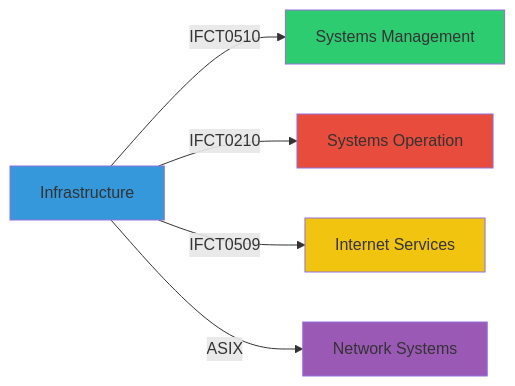
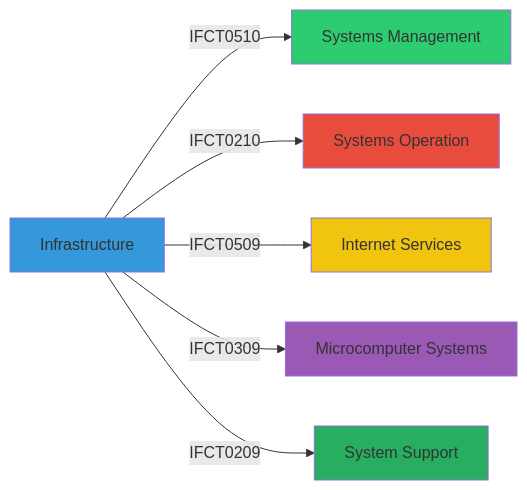
Before and after one commit to cescanue/cescanue: the sixth of 13 diagrams in README.md, drawn with Mermaid. The commit also changed other lines of this file, not shown here.

````diff
--- a/README.md
+++ b/README.md
@@ -218,12 +224,14 @@
 ```mermaid
 graph LR
     A[Infrastructure] -->|IFCT0510| B[Systems Management]
     A -->|IFCT0210| C[Systems Operation]
     A -->|IFCT0509| D[Internet Services]
-    A -->|ASIX| E[Network Systems]
+    A -->|IFCT0309| E[Microcomputer Systems]
+    A -->|IFCT0209| F[System Support]
     style A fill:#3498db
     style B fill:#2ecc71
     style C fill:#e74c3c
     style D fill:#f1c40f
     style E fill:#9b59b6
+    style F fill:#27ae60
 ```
````
